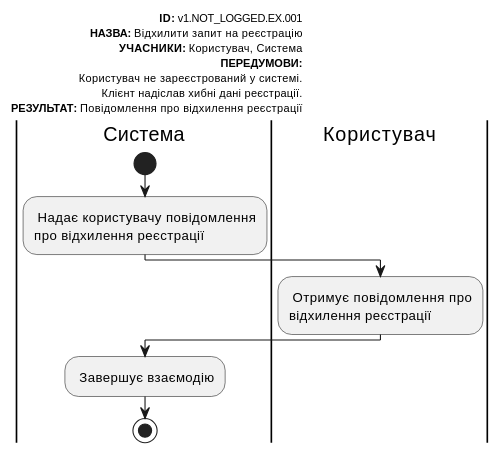
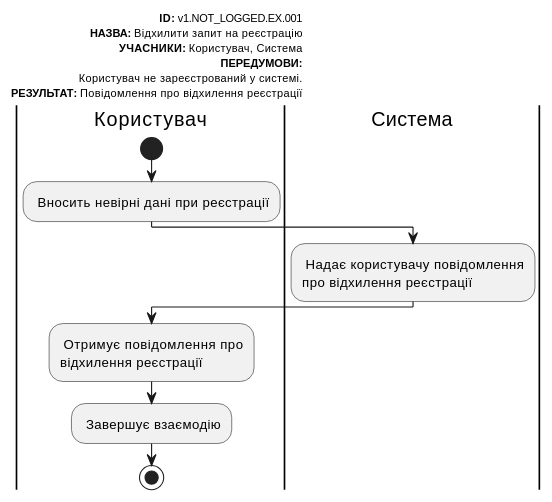
One commit to Znskiy/survey-expert changed diagram 16 of 18 in docs/use cases/README.md. Above: the diagram before and after it, drawn with PlantUML. The commit also changed other lines of this file, not shown here.

```diff
--- a/docs/use cases/README.md
+++ b/docs/use cases/README.md
@@ -905,26 +889,24 @@
 @startuml
 
     left header
          <font color=000 size=10><b>ID:</b> v1.NOT_LOGGED.EX.001
          <font color=000 size=10><b>НАЗВА:</b> Відхилити запит на реєстрацію
          <font color=000 size=10><b>УЧАСНИКИ:</b> Користувач, Система
          <font color=000 size=10><b>ПЕРЕДУМОВИ:</b>
          <font color=000 size=10>Користувач не зареєстрований у системі.
-         <font color=000 size=10>Клієнт надіслав хибні дані реєстрації.
          <font color=000 size=10><b>РЕЗУЛЬТАТ:</b> Повідомлення про відхилення реєстрації
      end header
-
+      |Користувач|
+          start
+          : Вносить невірні дані при реєстрації;
      |Система|
-         start
          : Надає користувачу повідомлення
          про відхилення реєстрації;
 
      |Користувач|
          : Отримує повідомлення про
          відхилення реєстрації;
-
-     |Система|
          : Завершує взаємодію;
          stop;
 
 @enduml
```
